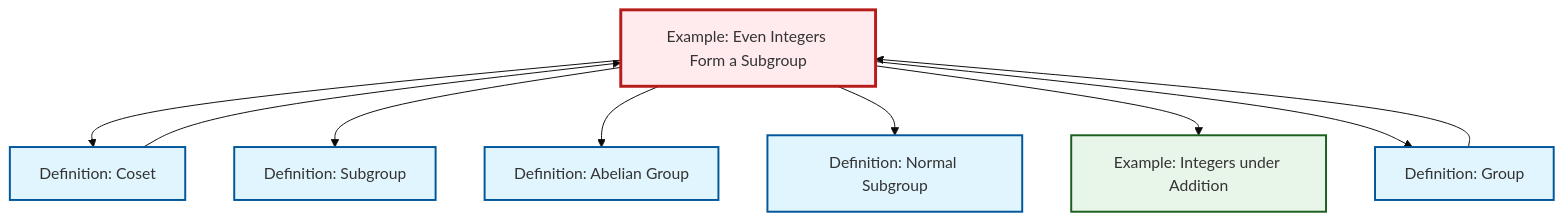
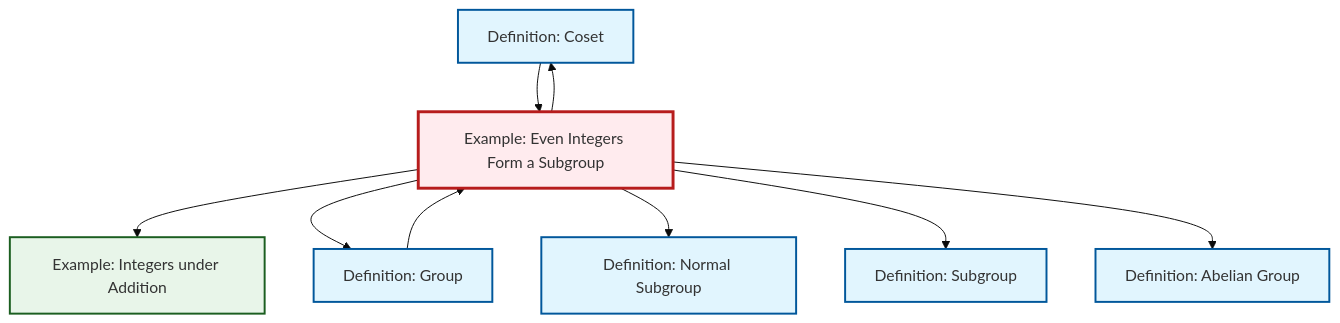
One commit to RK0429/ModernMath changed the diagram in content/en/algebra/ex-even-integers-subgroup.qmd. Above: the diagram before and after it, drawn with Mermaid (base theme). The commit also changed other lines of this file and 581 other files, not shown here.

````diff
--- a/content/en/algebra/ex-even-integers-subgroup.qmd
+++ b/content/en/algebra/ex-even-integers-subgroup.qmd
@@ -51,31 +51,31 @@
 ```{mermaid}
 %%| fig-cap: "Local dependency graph"
 graph TD
     classDef definition fill:#e1f5fe,stroke:#01579b,stroke-width:2px
     classDef theorem fill:#f3e5f5,stroke:#4a148c,stroke-width:2px
     classDef axiom fill:#fff3e0,stroke:#e65100,stroke-width:2px
     classDef example fill:#e8f5e9,stroke:#1b5e20,stroke-width:2px
     classDef current fill:#ffebee,stroke:#b71c1c,stroke-width:3px
-    ex-even-integers-subgroup["Example: Even Integers Form a Subgroup"]:::example
+    def-subgroup["Definition: Subgroup"]:::definition
     def-abelian-group["Definition: Abelian Group"]:::definition
-    def-subgroup["Definition: Subgroup"]:::definition
+    def-coset["Definition: Coset"]:::definition
     ex-integers-addition["Example: Integers under Addition"]:::example
     def-group["Definition: Group"]:::definition
+    ex-even-integers-subgroup["Example: Even Integers Form a Subgroup"]:::example
     def-normal-subgroup["Definition: Normal Subgroup"]:::definition
-    def-coset["Definition: Coset"]:::definition
-    ex-even-integers-subgroup --> def-coset
-    def-coset --> ex-even-integers-subgroup
-    ex-even-integers-subgroup --> def-subgroup
-    def-group --> ex-even-integers-subgroup
-    ex-even-integers-subgroup --> def-abelian-group
-    ex-even-integers-subgroup --> def-normal-subgroup
     ex-even-integers-subgroup --> ex-integers-addition
     ex-even-integers-subgroup --> def-group
+    ex-even-integers-subgroup --> def-normal-subgroup
+    ex-even-integers-subgroup --> def-subgroup
+    ex-even-integers-subgroup --> def-coset
+    def-group --> ex-even-integers-subgroup
+    def-coset --> ex-even-integers-subgroup
+    ex-even-integers-subgroup --> def-abelian-group
     class ex-even-integers-subgroup current
+    click def-subgroup "def-subgroup.html" "Go to Subgroup definition"
     click def-abelian-group "def-abelian-group.html" "Go to Abelian Group definition"
-    click def-subgroup "def-subgroup.html" "Go to Subgroup definition"
+    click def-coset "def-coset.html" "Go to Coset definition"
     click ex-integers-addition "ex-integers-addition.html" "Go to Integers under Addition example"
     click def-group "def-group.html" "Go to Group definition"
     click def-normal-subgroup "def-normal-subgroup.html" "Go to Normal Subgroup definition"
-    click def-coset "def-coset.html" "Go to Coset definition"
 ```
````
